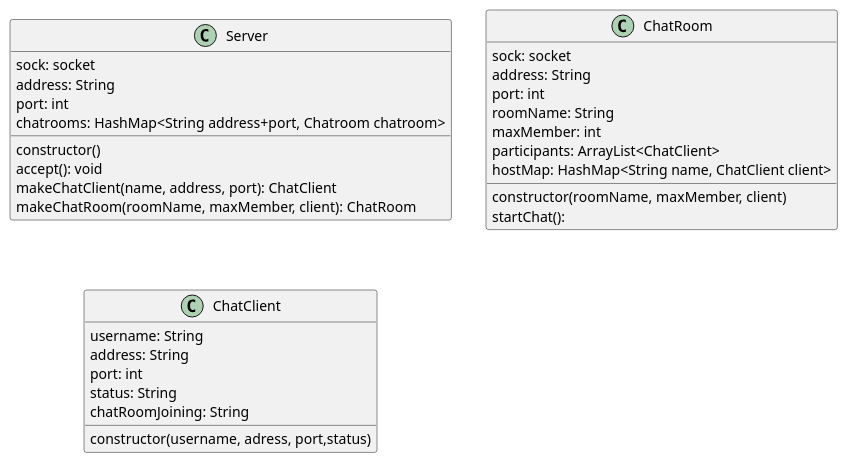
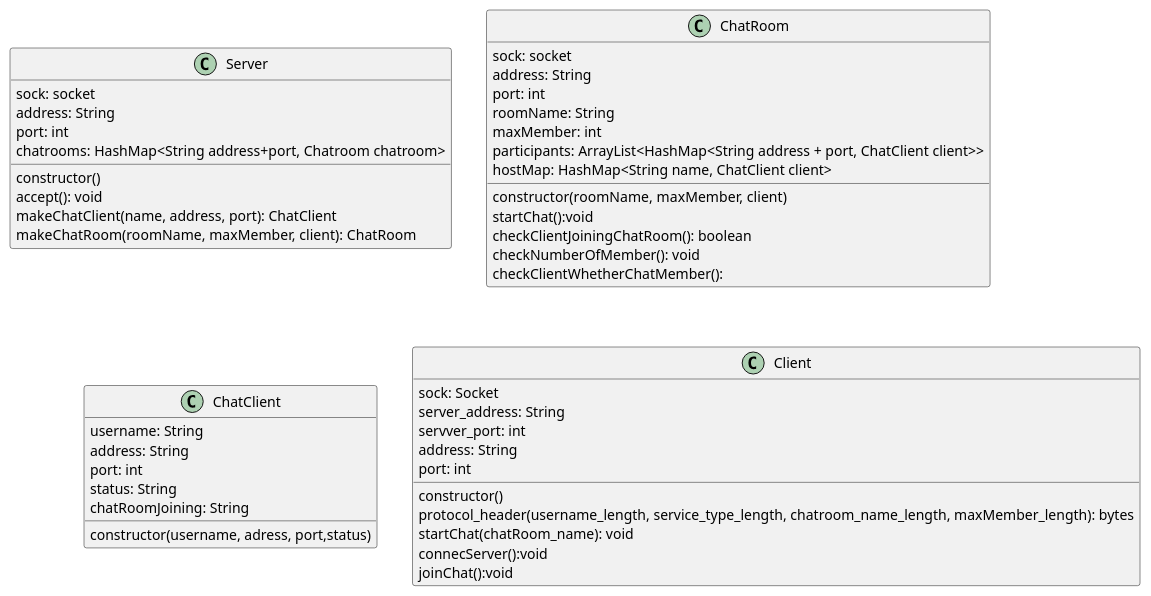
One commit to AkinoJoey/online-chat-messenger changed the diagram in class_diagram.wsd. Above: the diagram before and after it, drawn with PlantUML. The commit also changed 2 other files, not shown here.

```diff
--- a/class_diagram.wsd
+++ b/class_diagram.wsd
@@ -1,36 +1,54 @@
 @startuml all
+
+' サーバー側のコード。クライアントのリクエストを受けて、チャットルームを作成したり、チャットルームにジョインさせたりする
 class Server{
     sock: socket
     address: String
     port: int
     chatrooms: HashMap<String address+port, Chatroom chatroom>
     constructor()
     accept(): void
     makeChatClient(name, address, port): ChatClient
     makeChatRoom(roomName, maxMember, client): ChatRoom   
 }
 
 class ChatRoom{
     sock: socket
     address: String
     port: int
     roomName: String
     maxMember: int
-    participants: ArrayList<ChatClient>
+    participants: ArrayList<HashMap<String address + port, ChatClient client>>
     hostMap: HashMap<String name, ChatClient client>
     constructor(roomName, maxMember, client)
-    startChat():
+    startChat():void
+    checkClientJoiningChatRoom(): boolean
+    checkNumberOfMember(): void
+    checkClientWhetherChatMember():
+
 }
 
 class ChatClient{
     username: String
     address: String
     port: int
     status: String 
     chatRoomJoining: String
     constructor(username, adress, port,status)
 }
 
+class Client{
+    sock: Socket
+    server_address: String
+    servver_port: int
+    address: String
+    port: int
+    constructor()
+    protocol_header(username_length, service_type_length, chatroom_name_length, maxMember_length): bytes
+    startChat(chatRoom_name): void
+    connecServer():void
+    joinChat():void
+}
 
 
 @enduml
```
